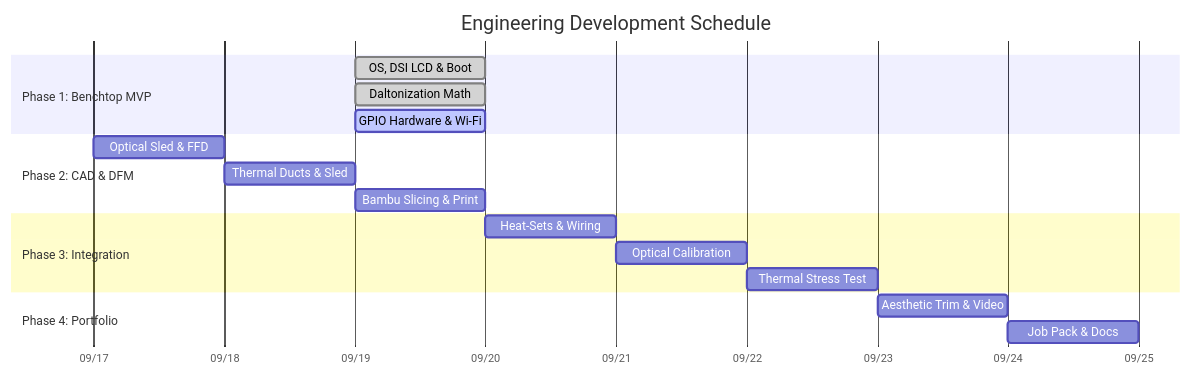
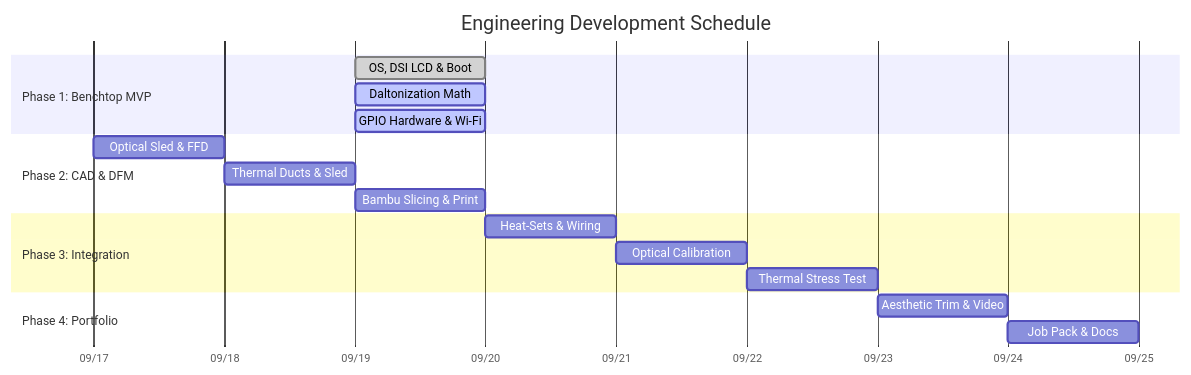
The diagram in README.md (KoredeKorede/modular-colourblind-camera), drawn with Mermaid before and after one commit.

````diff
--- a/README.md
+++ b/README.md
@@ -4,25 +4,25 @@
 ```mermaid
 gantt
     title Engineering Development Schedule
     dateFormat YYYY-MM-DD
     axisFormat %m/%d
     
     section Phase 1: Benchtop MVP
     OS, DSI LCD & Boot        :done, 2026-09-19, 0.5d
-    Daltonization Math        :done, 2026-09-19, 0.5d
+    Daltonization Math        :active, 2026-09-19, 0.5d
     GPIO Hardware & Wi-Fi     :active, 2026-09-19, 0.5d
     
     section Phase 2: CAD & DFM
     Optical Sled & FFD        :2026-09-17, 1d
     Thermal Ducts & Sled      :2026-09-18, 1d
     Bambu Slicing & Print     :2026-09-19, 1d
     
     section Phase 3: Integration
     Heat-Sets & Wiring        :2026-09-20, 1d
     Optical Calibration       :2026-09-21, 1d
     Thermal Stress Test       :2026-09-22, 1d
     
     section Phase 4: Portfolio
     Aesthetic Trim & Video    :2026-09-23, 1d
     Job Pack & Docs           :2026-09-24, 1d
 ```
````
